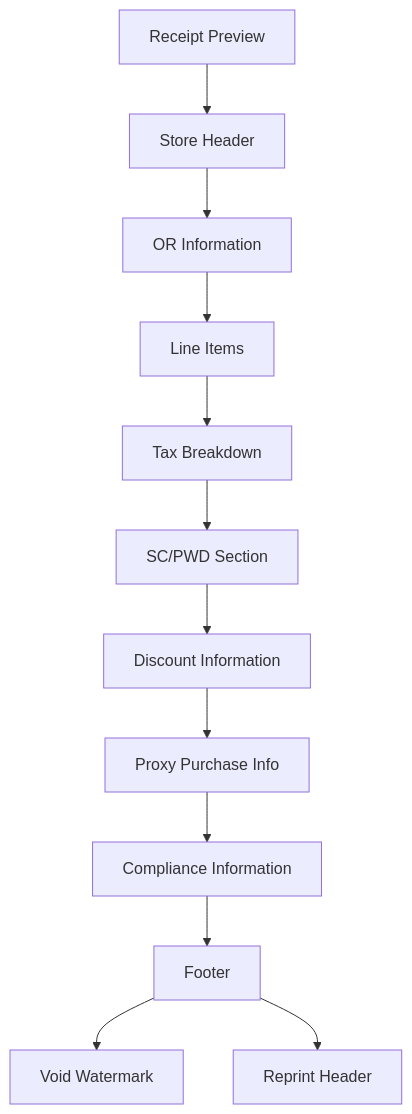
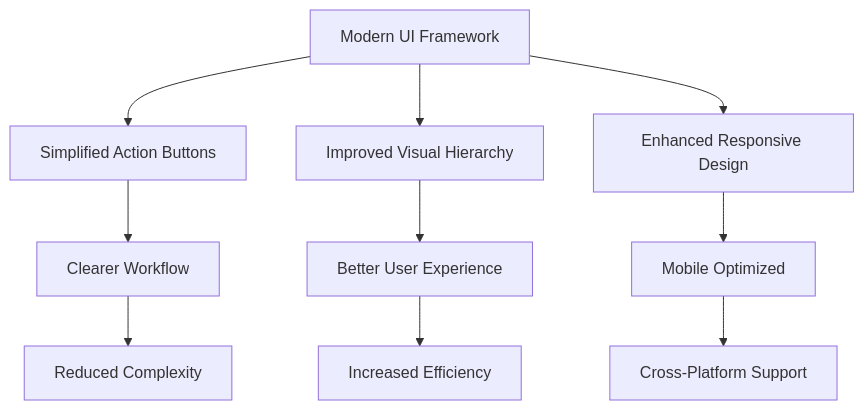
The seventh of 8 diagrams in .qoder/repowiki/en/content/Frontend Interface/Point-of-Sale Interface.md (yosefdc7/PharmaPOS), drawn with Mermaid before and after one commit. The commit also changed other lines of this file and 103 other files, not shown here.

````diff
--- a/.qoder/repowiki/en/content/Frontend Interface/Point-of-Sale Interface.md
+++ b/.qoder/repowiki/en/content/Frontend Interface/Point-of-Sale Interface.md
@@ -494,14 +331,12 @@
 ```mermaid
 flowchart TD
-Receipt["Receipt Preview"] --> Header["Store Header"]
-Header --> ORInfo["OR Information"]
-ORInfo --> Items["Line Items"]
-Items --> Breakdown["Tax Breakdown"]
-Breakdown --> SCPWDSec["SC/PWD Section"]
-SCPWDSec --> DiscountInfo["Discount Information"]
-DiscountInfo --> ProxyInfo["Proxy Purchase Info"]
-ProxyInfo --> Compliance["Compliance Information"]
-Compliance --> Footer["Footer"]
-Footer --> Void["Void Watermark"]
-Footer --> Reprint["Reprint Header"]
+ModernUI["Modern UI Framework"] --> SimplifiedActions["Simplified Action Buttons"]
+ModernUI --> VisualHierarchy["Improved Visual Hierarchy"]
+ModernUI --> ResponsiveDesign["Enhanced Responsive Design"]
+SimplifiedActions --> ClearWorkflow["Clearer Workflow"]
+VisualHierarchy --> BetterUX["Better User Experience"]
+ResponsiveDesign --> MobileOptimized["Mobile Optimized"]
+ClearWorkflow --> ReducedComplexity["Reduced Complexity"]
+BetterUX --> IncreasedEfficiency["Increased Efficiency"]
+MobileOptimized --> CrossPlatform["Cross-Platform Support"]
 ```
````
